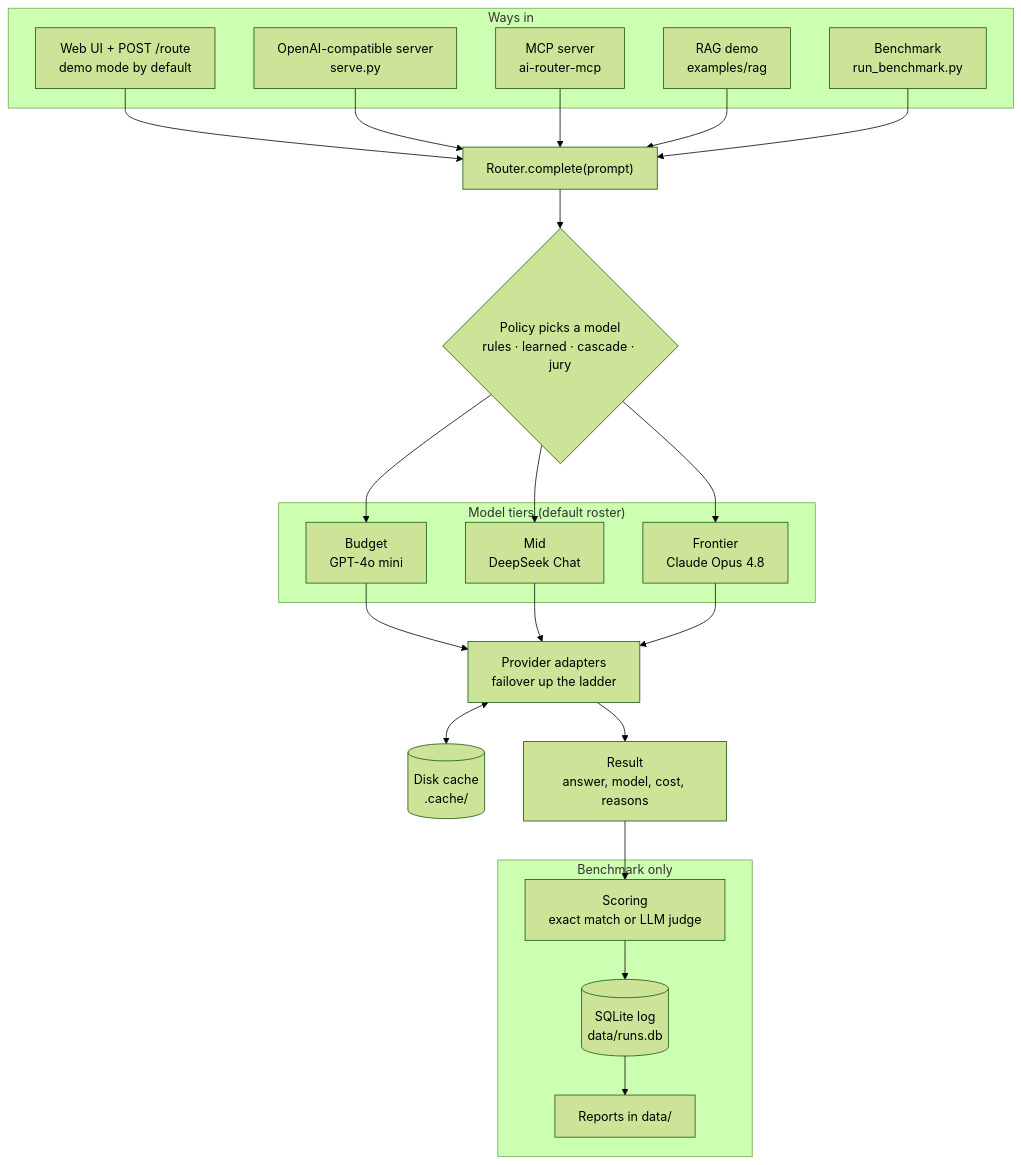
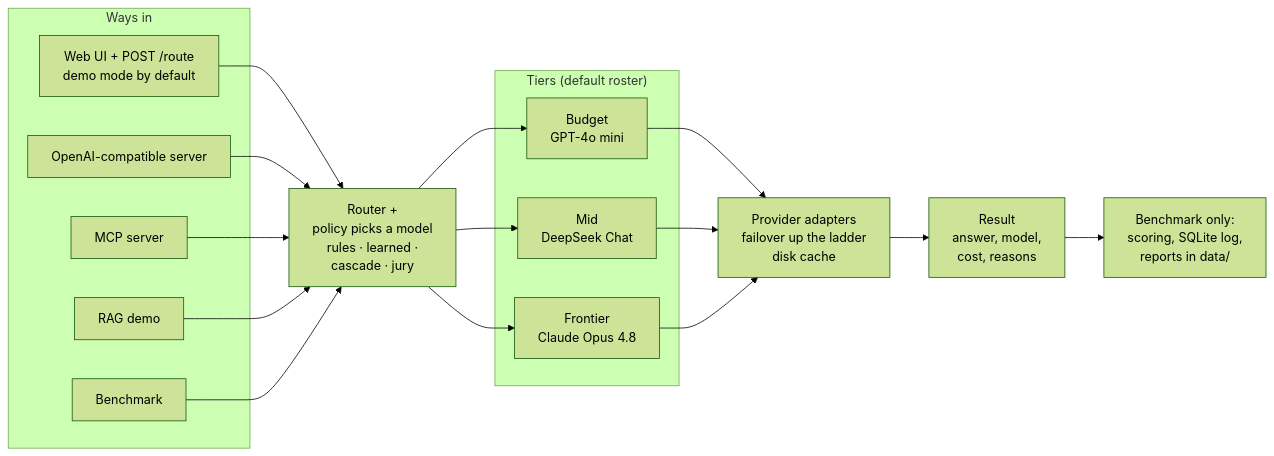
The diagram in README.md (phillthereal/ai-workload-router), drawn with Mermaid (forest theme) before and after one commit.

Commit message:
README: use a wider architecture diagram that fits GitHub's frame

````diff
--- a/README.md
+++ b/README.md
@@ -23,47 +23,36 @@
 ```mermaid
-flowchart TD
+flowchart LR
     subgraph entry["Ways in"]
         WEB["Web UI + POST /route<br/>demo mode by default"]
-        OAI["OpenAI-compatible server<br/>serve.py"]
-        MCP["MCP server<br/>ai-router-mcp"]
-        RAG["RAG demo<br/>examples/rag"]
-        BENCH["Benchmark<br/>run_benchmark.py"]
+        OAI["OpenAI-compatible server"]
+        MCP["MCP server"]
+        RAG["RAG demo"]
+        BENCH["Benchmark"]
     end
 
-    ROUTER["Router.complete(prompt)"]
-    POLICY{"Policy picks a model<br/>rules · learned · cascade · jury"}
+    ROUTER["Router +<br/>policy picks a model<br/>rules · learned ·<br/>cascade · jury"]
 
-    subgraph tiers["Model tiers (default roster)"]
+    subgraph tiers["Tiers (default roster)"]
         BUDGET["Budget<br/>GPT-4o mini"]
         MID["Mid<br/>DeepSeek Chat"]
         FRONTIER["Frontier<br/>Claude Opus 4.8"]
     end
 
-    ADAPTER["Provider adapters<br/>failover up the ladder"]
-    CACHE[("Disk cache<br/>.cache/")]
-    RESULT["Result<br/>answer, model, cost, reasons"]
-
-    subgraph measure["Benchmark only"]
-        SCORE["Scoring<br/>exact match or LLM judge"]
-        DB[("SQLite log<br/>data/runs.db")]
-        REPORT["Reports in data/"]
-    end
+    ADAPTER["Provider adapters<br/>failover up the ladder<br/>disk cache"]
+    RESULT["Result<br/>answer, model,<br/>cost, reasons"]
+    MEASURE["Benchmark only:<br/>scoring, SQLite log,<br/>reports in data/"]
 
     WEB --> ROUTER
     OAI --> ROUTER
     MCP --> ROUTER
     RAG --> ROUTER
     BENCH --> ROUTER
-    ROUTER --> POLICY
-    POLICY --> BUDGET
-    POLICY --> MID
-    POLICY --> FRONTIER
+    ROUTER --> BUDGET
+    ROUTER --> MID
+    ROUTER --> FRONTIER
     BUDGET --> ADAPTER
     MID --> ADAPTER
     FRONTIER --> ADAPTER
-    ADAPTER <--> CACHE
     ADAPTER --> RESULT
-    RESULT --> SCORE
-    SCORE --> DB
-    DB --> REPORT
+    RESULT --> MEASURE
 ```
````
